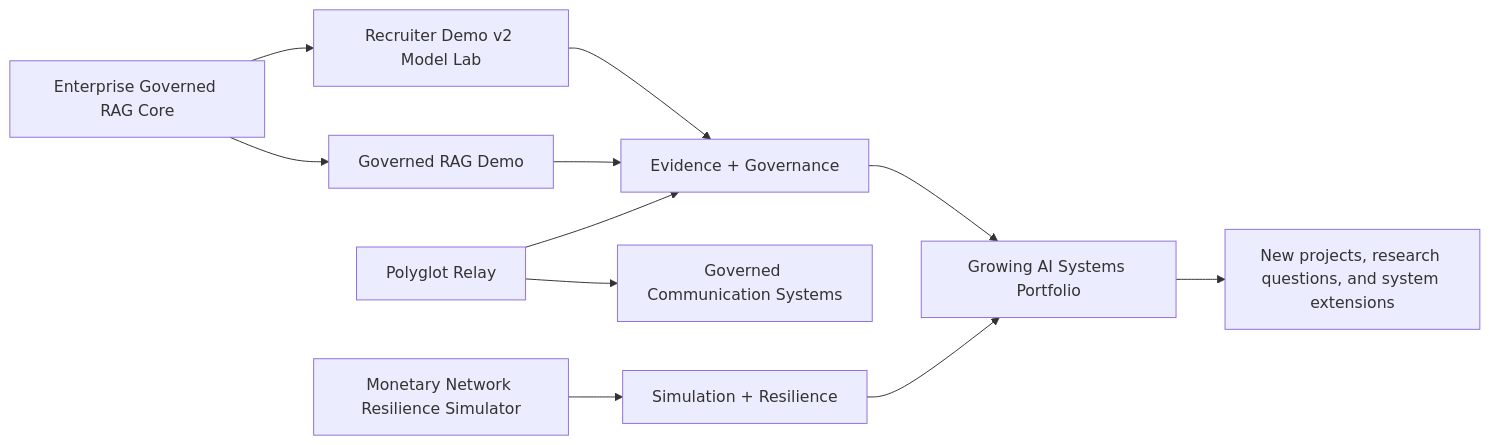
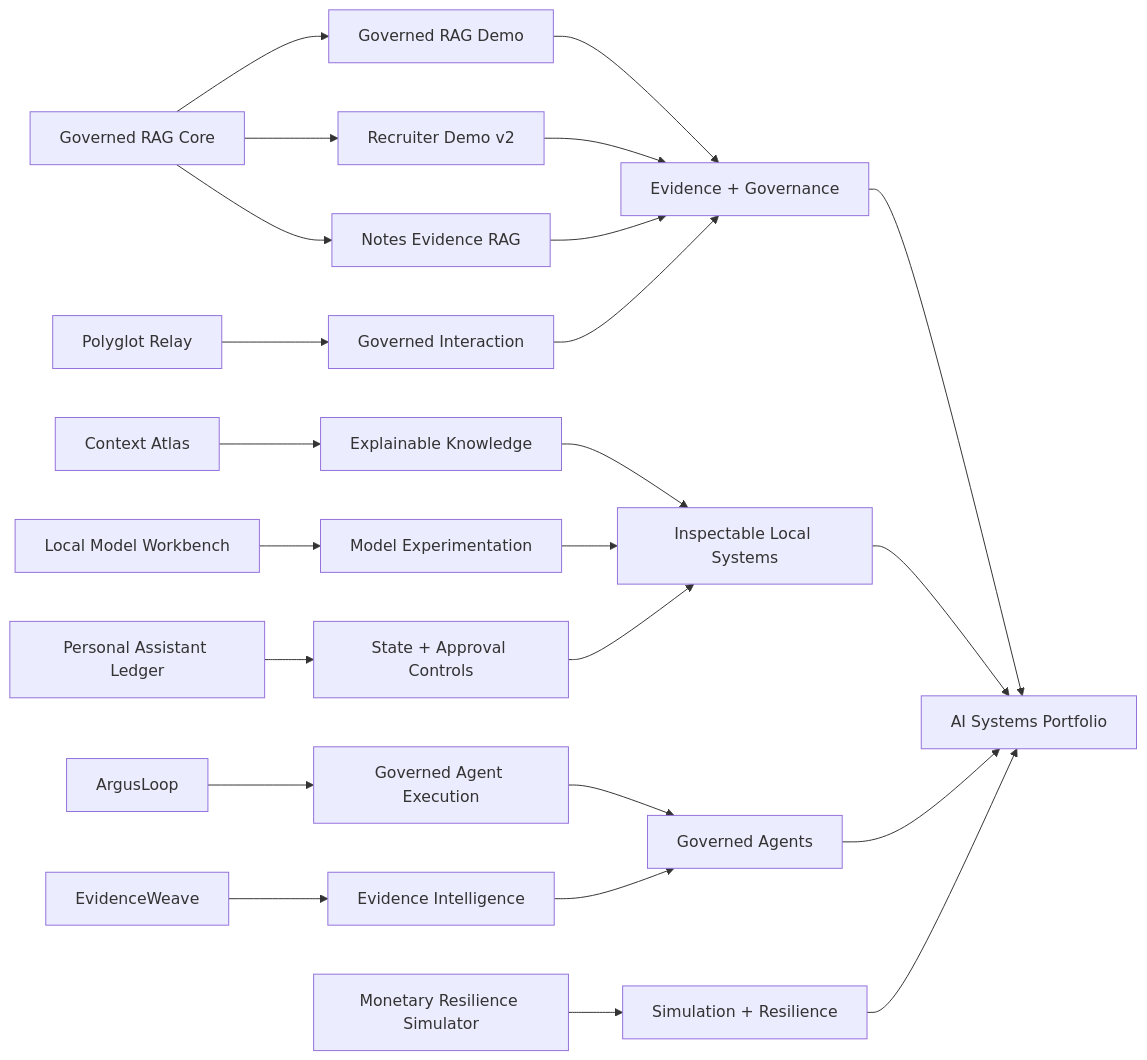
Before and after one commit to gdintentions/renteria-monetary-network-resilience-simulator: the diagram in START_HERE.md, drawn with Mermaid. The commit also changed other lines of this file, not shown here.

Commit message:
Rebuild public recruiter index and fix portfolio navigation

````diff
--- a/START_HERE.md
+++ b/START_HERE.md
@@ -25,13 +26,28 @@
 ```mermaid
 flowchart LR
-    A[Enterprise Governed RAG Core] --> B[Governed RAG Demo]
-    A --> C[Recruiter Demo v2 Model Lab]
-    D[Polyglot Relay] --> G[Governed Communication Systems]
-    B --> H[Evidence + Governance]
-    C --> H
-    D --> H
-    E[Monetary Network Resilience Simulator] --> I[Simulation + Resilience]
-    H --> J[Growing AI Systems Portfolio]
-    I --> J
-    J --> K[New projects, research questions, and system extensions]
+    A[Governed RAG Core] --> B[Governed RAG Demo]
+    A --> C[Recruiter Demo v2]
+    A --> D[Notes Evidence RAG]
+    E[Polyglot Relay] --> F[Governed Interaction]
+    G[Context Atlas] --> H[Explainable Knowledge]
+    I[Local Model Workbench] --> J[Model Experimentation]
+    K[Personal Assistant Ledger] --> L[State + Approval Controls]
+    M[ArgusLoop] --> N[Governed Agent Execution]
+    O[EvidenceWeave] --> P[Evidence Intelligence]
+    Q[Monetary Resilience Simulator] --> R[Simulation + Resilience]
+
+    B --> S[Evidence + Governance]
+    C --> S
+    D --> S
+    F --> S
+    H --> T[Inspectable Local Systems]
+    J --> T
+    L --> T
+    N --> U[Governed Agents]
+    P --> U
+
+    S --> V[AI Systems Portfolio]
+    T --> V
+    U --> V
+    R --> V
 ```
````
